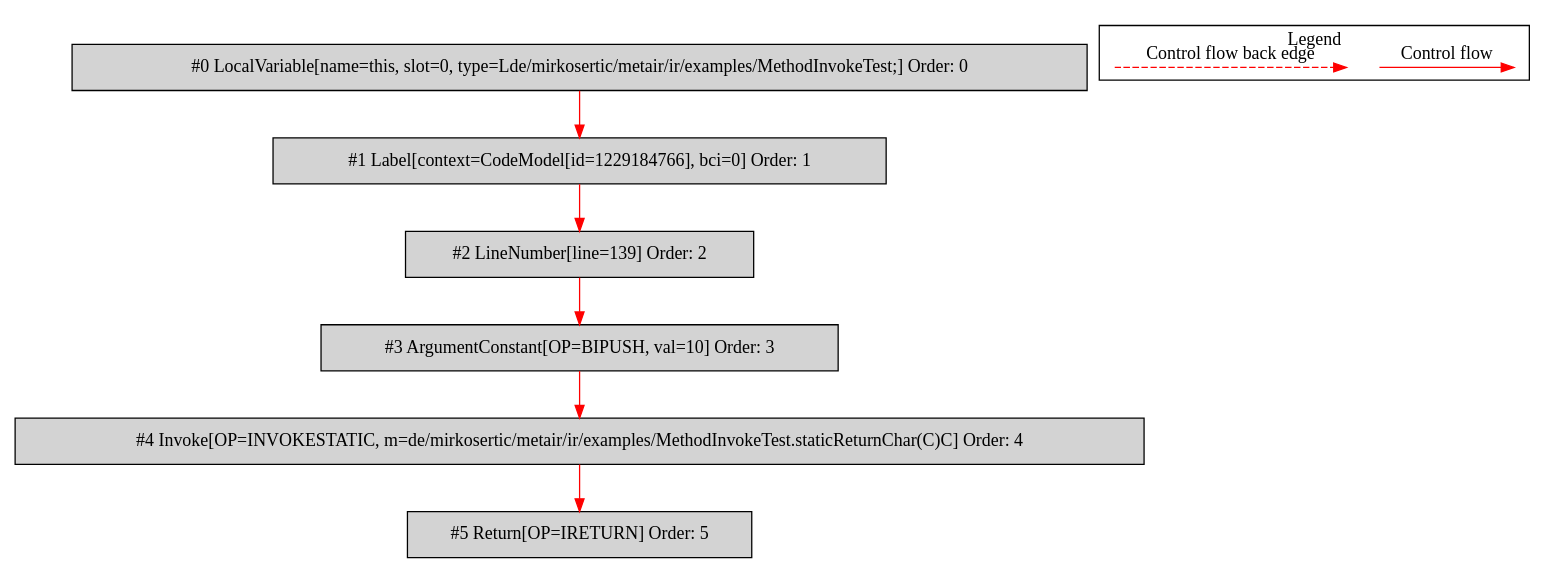
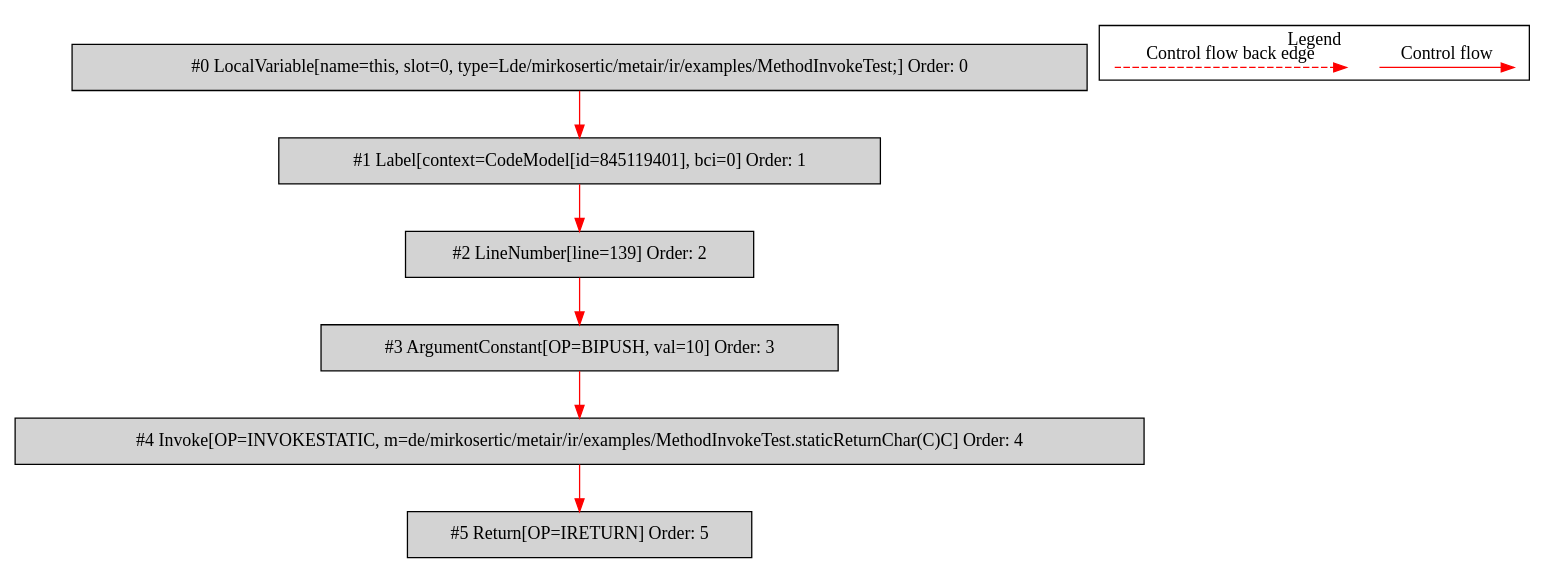
One commit to mirkosertic/MetaIR changed the diagram in de.mirkosertic.metair.ir.examples.MethodInvokeTest/returnChar/bytecodecfg.dot. Above: the diagram before and after it, drawn with Graphviz. The commit also changed 1238 other files, not shown here.

```diff
--- a/de.mirkosertic.metair.ir.examples.MethodInvokeTest/returnChar/bytecodecfg.dot
+++ b/de.mirkosertic.metair.ir.examples.MethodInvokeTest/returnChar/bytecodecfg.dot
@@ -1,28 +1,28 @@
 digraph {
  ordering="in";
  node0[label="#0 LocalVariable[name=this, slot=0, type=Lde/mirkosertic/metair/ir/examples/MethodInvokeTest;] Order: 0", shape=box, fillcolor=lightgrey, style=filled];
- node1[label="#1 Label[context=CodeModel[id=1229184766], bci=0] Order: 1", shape=box, fillcolor=lightgrey, style=filled];
+ node1[label="#1 Label[context=CodeModel[id=845119401], bci=0] Order: 1", shape=box, fillcolor=lightgrey, style=filled];
  node2[label="#2 LineNumber[line=139] Order: 2", shape=box, fillcolor=lightgrey, style=filled];
  node3[label="#3 ArgumentConstant[OP=BIPUSH, val=10] Order: 3", shape=box, fillcolor=lightgrey, style=filled];
  node4[label="#4 Invoke[OP=INVOKESTATIC, m=de/mirkosertic/metair/ir/examples/MethodInvokeTest.staticReturnChar(C)C] Order: 4", shape=box, fillcolor=lightgrey, style=filled];
  node5[label="#5 Return[OP=IRETURN] Order: 5", shape=box, fillcolor=lightgrey, style=filled];
  node0 -> node1[color=red];
  node1 -> node2[color=red];
  node2 -> node3[color=red];
  node3 -> node4[color=red];
  node4 -> node5[color=red];
  subgraph cluster_000 {
   label = "Legend";
   node [shape=point]
   {
    rank=same;
    c0 [style = invis];
    c1 [style = invis];
    c2 [style = invis];
    c3 [style = invis];
   }
   c0 -> c1 [label="Control flow", style=solid, color=red]
   c2 -> c3 [label="Control flow back edge", style=dashed, color=red]
  }
 
 }
```
